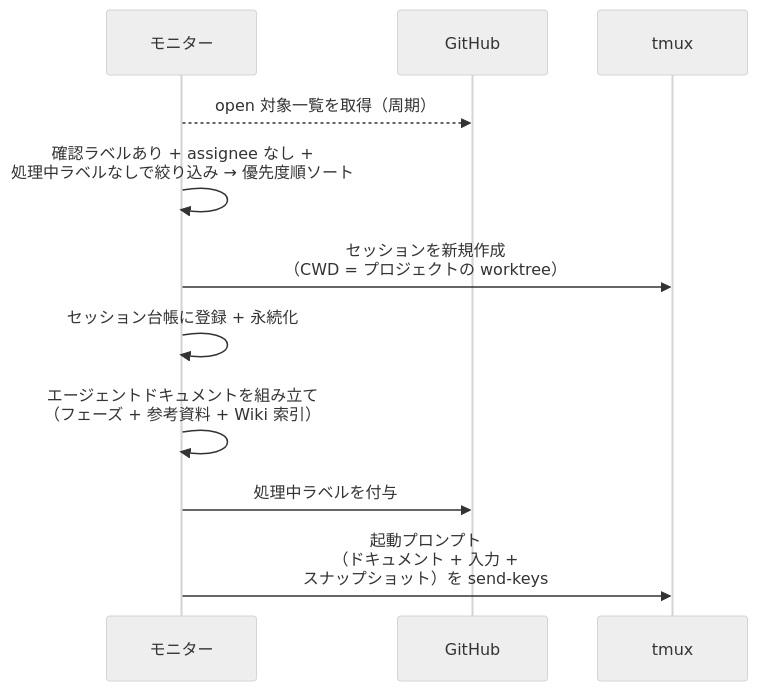
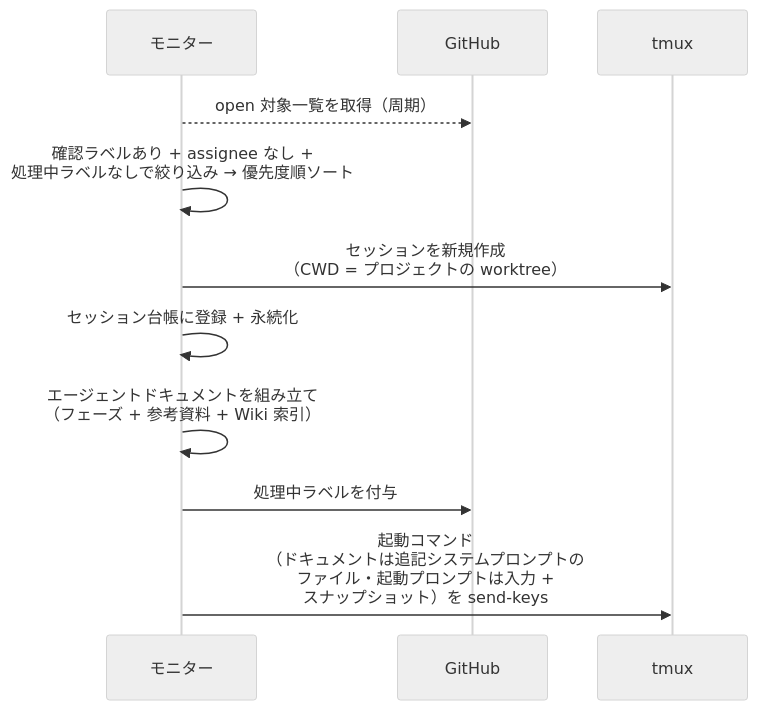
Before and after one commit to shuhei1101/ai-monitor: the first of 5 diagrams in docs/wiki/設計図/バックエンド結合/エージェント起動検知.py.md, drawn with Mermaid (neutral theme). The commit also changed other lines of this file and 25 other files, not shown here.

````diff
--- a/docs/wiki/設計図/バックエンド結合/エージェント起動検知.py.md
+++ b/docs/wiki/設計図/バックエンド結合/エージェント起動検知.py.md
@@ -46,14 +46,14 @@
 ```mermaid
 sequenceDiagram
   participant MON as モニター
   participant GH as GitHub
   participant TMUX as tmux
 
   MON-->>GH: open 対象一覧を取得（周期）
   MON->>MON: 確認ラベルあり + assignee なし +<br>処理中ラベルなしで絞り込み → 優先度順ソート
   MON->>TMUX: セッションを新規作成<br>（CWD = プロジェクトの worktree）
   MON->>MON: セッション台帳に登録 + 永続化
   MON->>MON: エージェントドキュメントを組み立て<br>（フェーズ + 参考資料 + Wiki 索引）
   MON->>GH: 処理中ラベルを付与
-  MON->>TMUX: 起動プロンプト<br>（ドキュメント + 入力 +<br>スナップショット）を send-keys
+  MON->>TMUX: 起動コマンド<br>（ドキュメントは追記システムプロンプトの<br>ファイル・起動プロンプトは入力 +<br>スナップショット）を send-keys
 ```
````
